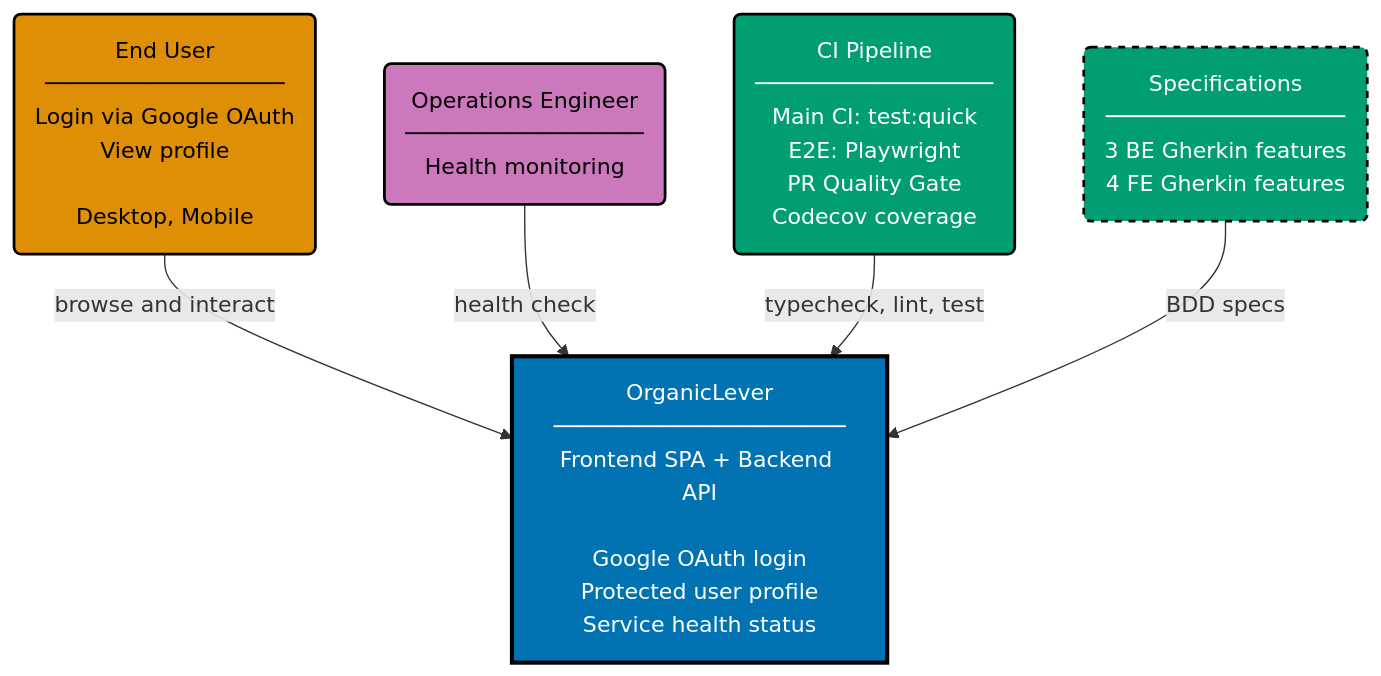
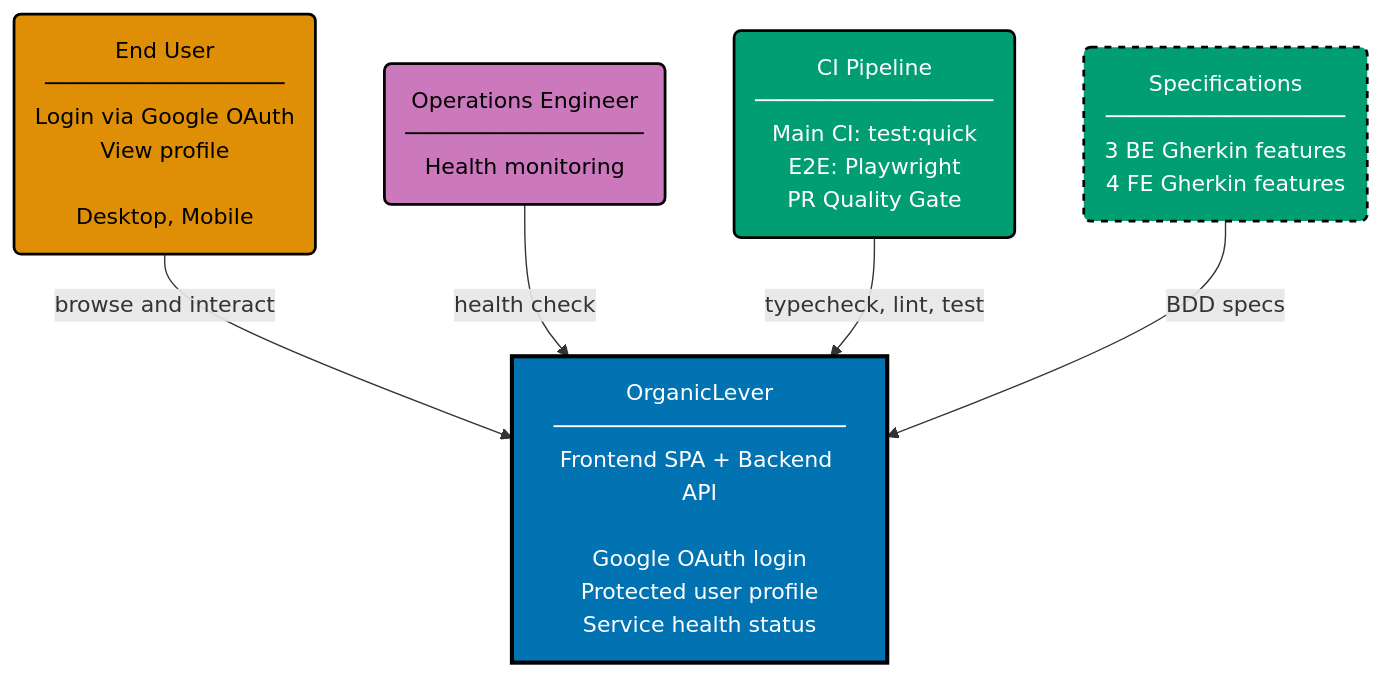
Before and after one commit to wahidyankf/open-sharia-enterprise: the diagram in specs/apps/organiclever/c4/context.md, drawn with Mermaid. The commit also changed 5 other files, not shown here.

First line of the commit message:
chore(specs): remove codecov labels from C4 diagrams

````diff
--- a/specs/apps/organiclever/c4/context.md
+++ b/specs/apps/organiclever/c4/context.md
@@ -6,24 +6,24 @@
 ```mermaid
 %% Color Palette: Blue #0173B2 | Orange #DE8F05 | Teal #029E73 | Purple #CC78BC | Brown #CA9161 | Gray #808080
 graph TD
     EU("End User<br/>──────────────────<br/>Login via Google OAuth<br/>View profile<br/><br/>Desktop, Mobile"):::actor
 
     OPS("Operations Engineer<br/>──────────────────<br/>Health monitoring"):::actor_ops
 
     SYSTEM["OrganicLever<br/>──────────────────────<br/>Frontend SPA + Backend API<br/><br/>Google OAuth login<br/>Protected user profile<br/>Service health status"]:::system
 
-    CI("CI Pipeline<br/>──────────────────<br/>Main CI: test:quick<br/>E2E: Playwright<br/>PR Quality Gate<br/>Codecov coverage"):::ci
+    CI("CI Pipeline<br/>──────────────────<br/>Main CI: test:quick<br/>E2E: Playwright<br/>PR Quality Gate"):::ci
 
     SPEC("Specifications<br/>──────────────────<br/>3 BE Gherkin features<br/>4 FE Gherkin features"):::spec
 
     EU -->|"browse and interact"| SYSTEM
     OPS -->|"health check"| SYSTEM
     CI -->|"typecheck, lint, test"| SYSTEM
     SPEC -->|"BDD specs"| SYSTEM
 
     classDef actor fill:#DE8F05,stroke:#000000,color:#000000,stroke-width:2px
     classDef actor_ops fill:#CC78BC,stroke:#000000,color:#000000,stroke-width:2px
     classDef system fill:#0173B2,stroke:#000000,color:#FFFFFF,stroke-width:3px
     classDef ci fill:#029E73,stroke:#000000,color:#FFFFFF,stroke-width:2px
     classDef spec fill:#029E73,stroke:#000000,color:#FFFFFF,stroke-width:2px,stroke-dasharray:5 5
 ```
````
